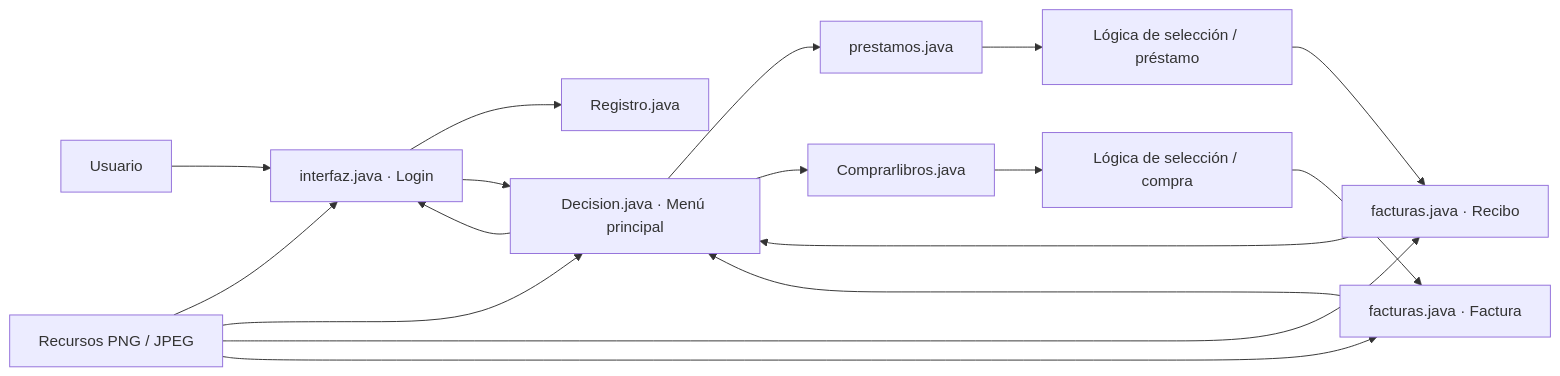
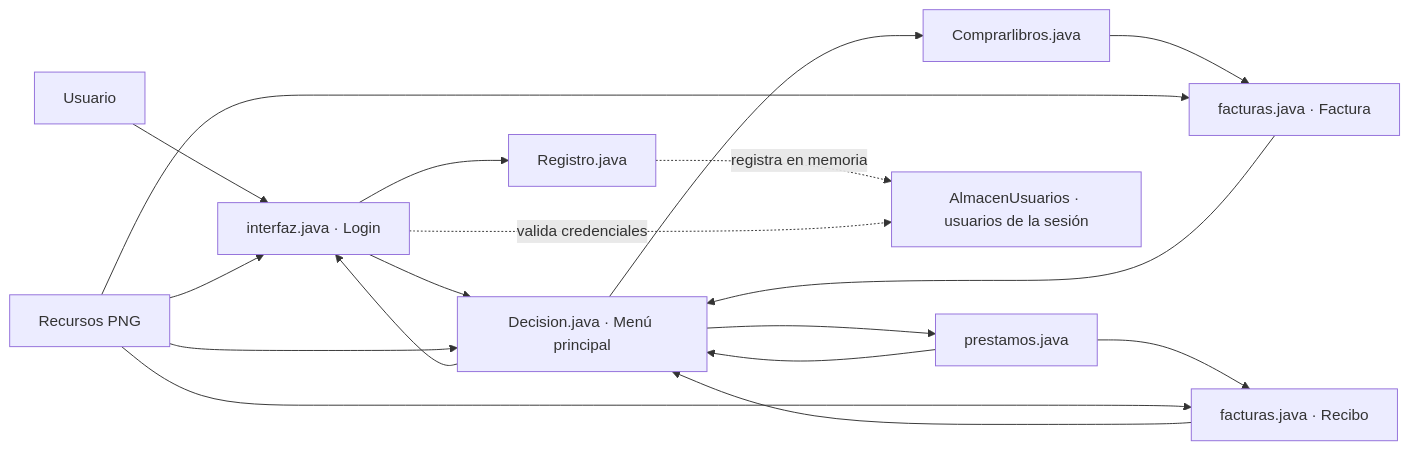
Before and after one commit to Jairo0811/SistemaBibliotecario: the first of 3 diagrams in docs/ARCHITECTURE.md, drawn with Mermaid. The commit also changed other lines of this file and 5 other files, not shown here.

````diff
--- a/docs/ARCHITECTURE.md
+++ b/docs/ARCHITECTURE.md
@@ -7,24 +7,25 @@
 ```mermaid
 flowchart LR
     User["Usuario"] --> Login["interfaz.java · Login"]
     Login --> Register["Registro.java"]
     Login --> Menu["Decision.java · Menú principal"]
 
     Menu --> Loans["prestamos.java"]
     Menu --> Sales["Comprarlibros.java"]
 
-    Loans --> Logic["Lógica de selección / préstamo"]
-    Sales --> Logic2["Lógica de selección / compra"]
+    Loans --> Receipt["facturas.java · Recibo"]
+    Sales --> Invoice["facturas.java · Factura"]
 
-    Logic --> Receipt["facturas.java · Recibo"]
-    Logic2 --> Invoice["facturas.java · Factura"]
-
+    Loans --> Menu
     Receipt --> Menu
     Invoice --> Menu
     Menu --> Login
 
-    Assets["Recursos PNG / JPEG"] --> Login
+    Register -. "registra en memoria" .-> Users["AlmacenUsuarios · usuarios de la sesión"]
+    Login -. "valida credenciales" .-> Users
+
+    Assets["Recursos PNG"] --> Login
     Assets --> Menu
     Assets --> Receipt
     Assets --> Invoice
 ```
````
